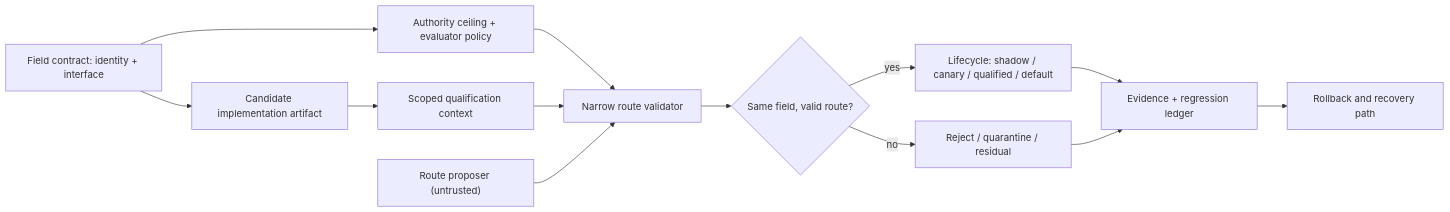
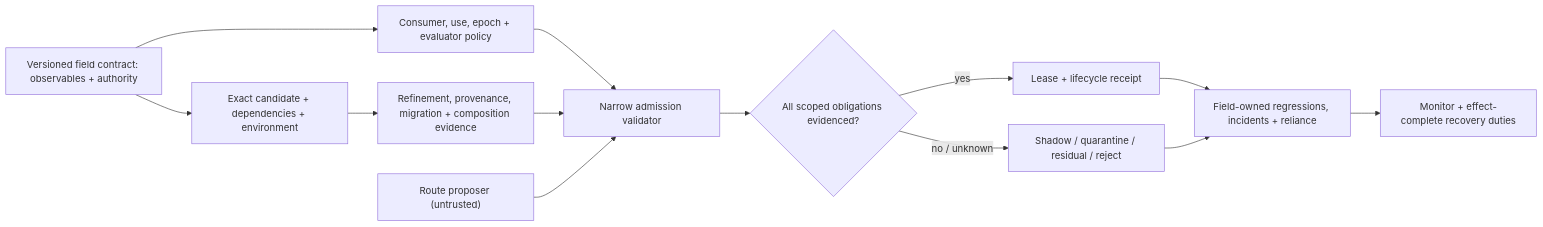
Before and after one commit to corbensorenson/asi-stack-book: the diagram in chapters/stable-capability-fields.qmd, drawn with Mermaid. The commit also changed other lines of this file and 723 other files, not shown here.

````diff
--- a/chapters/stable-capability-fields.qmd
+++ b/chapters/stable-capability-fields.qmd
@@ -108,15 +112,15 @@
 ```{mermaid}
 flowchart LR
-  A["Field contract: identity + interface"] --> B["Candidate implementation artifact"]
-  A --> C["Authority ceiling + evaluator policy"]
-  B --> D["Scoped qualification context"]
-  C --> E["Narrow route validator"]
+  A["Versioned field contract: observables + authority"] --> B["Exact candidate + dependencies + environment"]
+  A --> C["Consumer, use, epoch + evaluator policy"]
+  B --> D["Refinement, provenance, migration + composition evidence"]
+  C --> E["Narrow admission validator"]
   D --> E
   P["Route proposer (untrusted)"] --> E
-  E --> F{"Same field, valid route?"}
-  F -- "yes" --> G["Lifecycle: shadow / canary / qualified / default"]
-  F -- "no" --> H["Reject / quarantine / residual"]
-  G --> I["Evidence + regression ledger"]
+  E --> F{"All scoped obligations evidenced?"}
+  F -- "yes" --> G["Lease + lifecycle receipt"]
+  F -- "no / unknown" --> H["Shadow / quarantine / residual / reject"]
+  G --> I["Field-owned regressions, incidents + reliance"]
   H --> I
-  I --> J["Rollback and recovery path"]
+  I --> J["Monitor + effect-complete recovery duties"]
 ```
````
